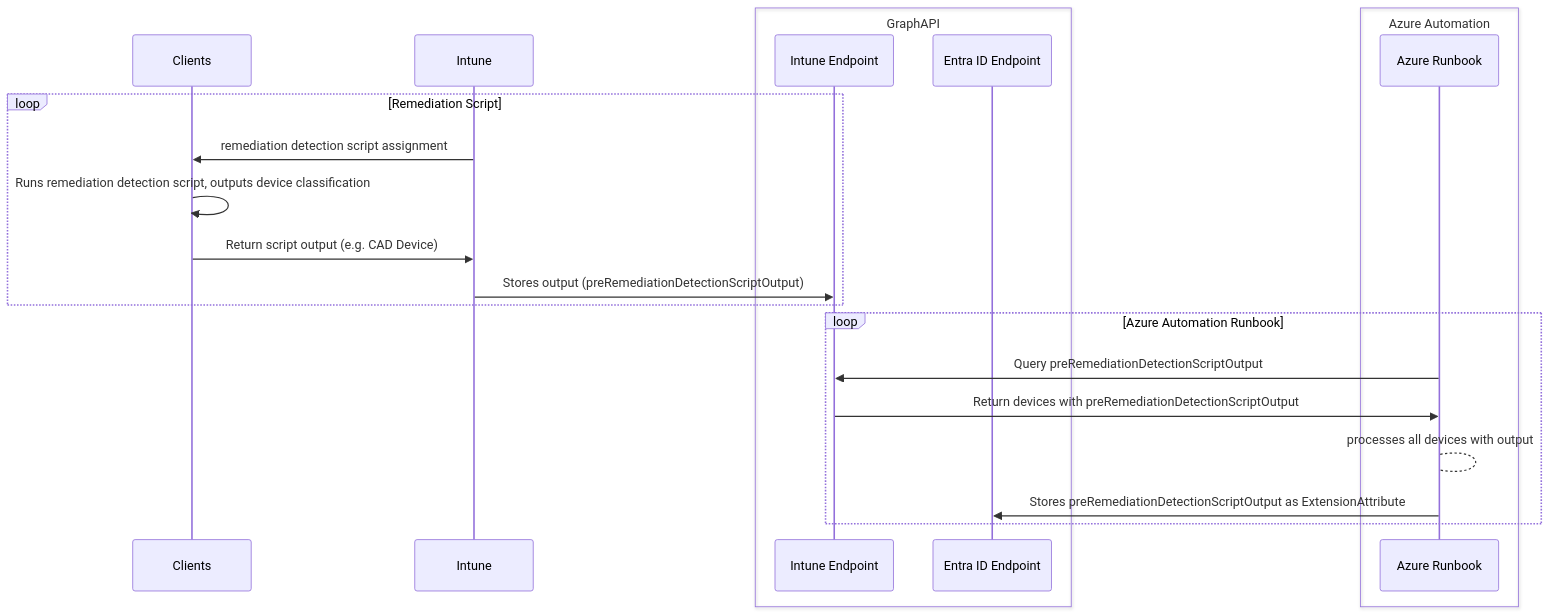
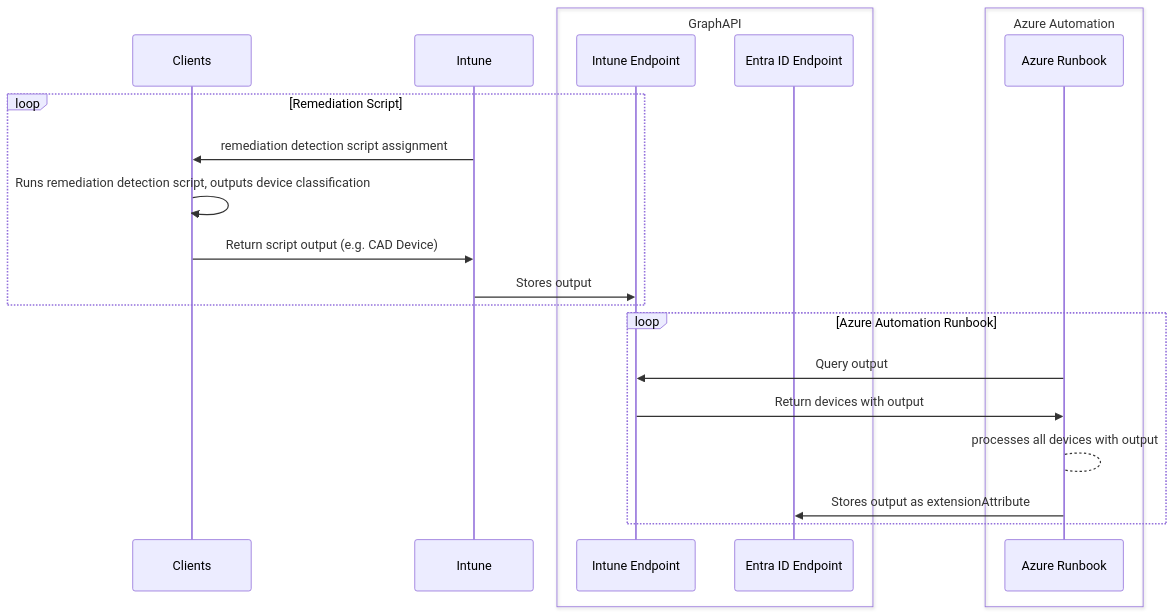
One commit to MrWyss-MSFT/IntuneDeviceClassification changed the diagram in README.md. Above: the diagram before and after it, drawn with Mermaid. The commit also changed other lines of this file and 1 other file, not shown here.

````diff
--- a/README.md
+++ b/README.md
@@ -24,25 +24,25 @@
 ```mermaid
 sequenceDiagram
 participant Clients
 participant Intune
 box transparent GraphAPI
 participant Intune Endpoint
 participant Entra ID Endpoint
 end
 box transparent Azure Automation
 participant Azure Runbook
 end
 
 loop Remediation Script
 Intune->>Clients: remediation detection script assignment
 Clients->>Clients: Runs remediation detection script, outputs device classification
 Clients->>Intune: Return script output (e.g. CAD Device)
-Intune->>Intune Endpoint: Stores output (preRemediationDetectionScriptOutput)
+Intune->>Intune Endpoint: Stores output
 end
 loop Azure Automation Runbook
-    Azure Runbook->>Intune Endpoint: Query preRemediationDetectionScriptOutput
-    Intune Endpoint->>Azure Runbook: Return devices with preRemediationDetectionScriptOutput
+    Azure Runbook->>Intune Endpoint: Query output
+    Intune Endpoint->>Azure Runbook: Return devices with output
     Azure Runbook-->Azure Runbook:  processes all devices with output
-    Azure Runbook->>Entra ID Endpoint: Stores preRemediationDetectionScriptOutput as ExtensionAttribute
+    Azure Runbook->>Entra ID Endpoint: Stores output as extensionAttribute
 end
 ```
````
